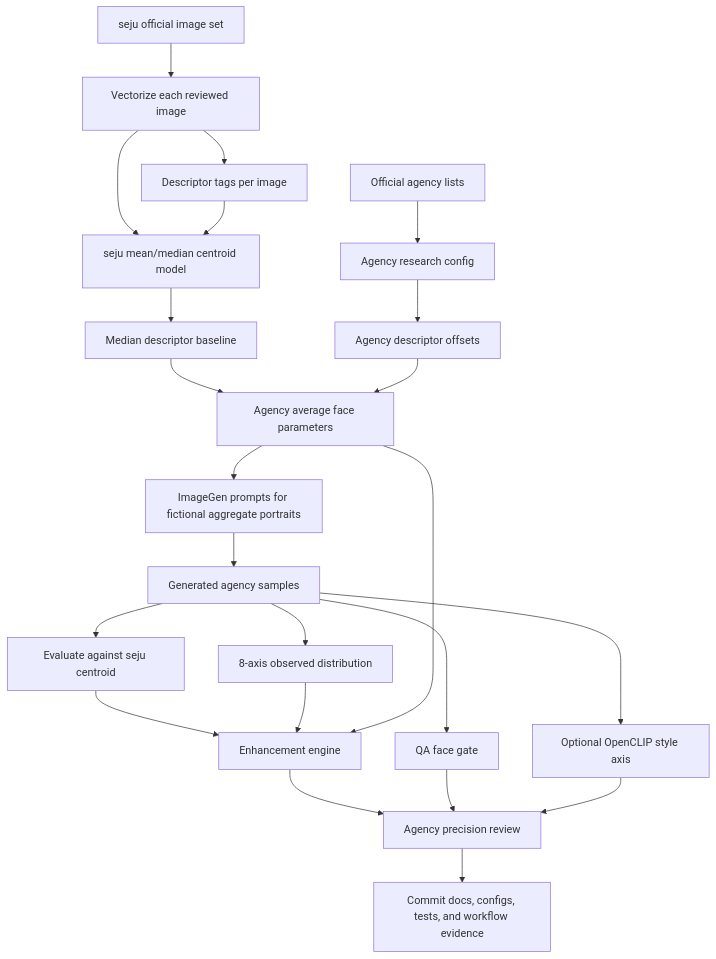
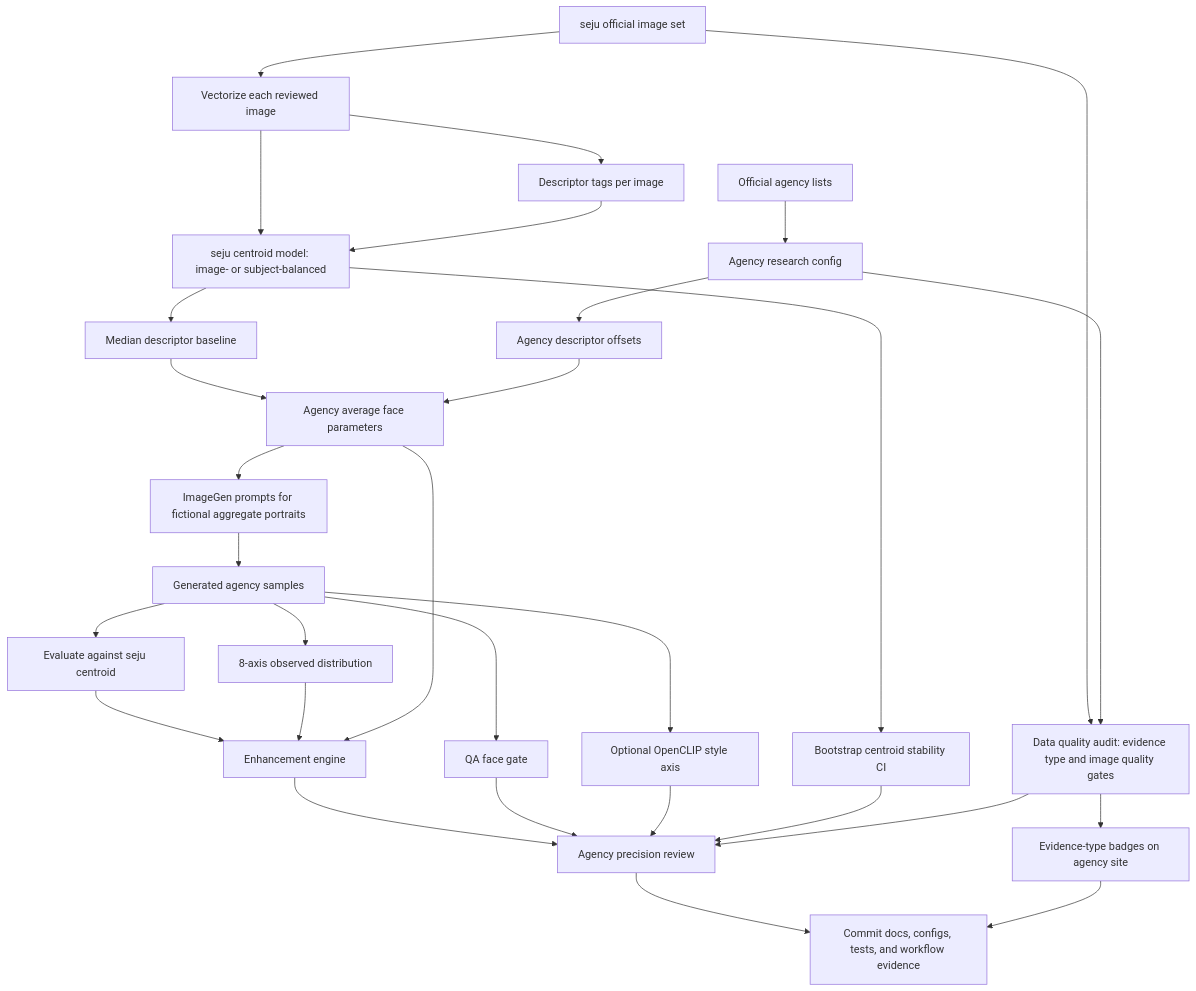
The first of 2 diagrams in docs/agency-research-flow.md (Nicolas0315/seju-face-lab), drawn with Mermaid before and after one commit. The commit also changed other lines of this file and 6 other files, not shown here.

First line of the commit message:
Add bootstrap centroid-stability metric and sync research flow

````diff
--- a/docs/agency-research-flow.md
+++ b/docs/agency-research-flow.md
@@ -23,25 +23,32 @@
 ```mermaid
 flowchart TD
     A[Official agency lists] --> B[Agency research config]
     S[seju official image set] --> V[Vectorize each reviewed image]
     V --> T[Descriptor tags per image]
-    V --> C[seju mean/median centroid model]
+    V --> C[seju centroid model: image- or subject-balanced]
     T --> C
+    C --> ST[Bootstrap centroid stability CI]
     C --> D[Median descriptor baseline]
     B --> E[Agency descriptor offsets]
     D --> F[Agency average face parameters]
     E --> F
     F --> G[ImageGen prompts for fictional aggregate portraits]
     G --> H[Generated agency samples]
     H --> I[Evaluate against seju centroid]
     H --> J[QA face gate]
     H --> K[Optional OpenCLIP style axis]
     I --> N[Enhancement engine]
     H --> O[8-axis observed distribution]
     O --> N
     F --> N
+    S --> Q[Data quality audit: evidence type and image quality gates]
+    B --> Q
+    Q --> R[Evidence-type badges on agency site]
     N --> L[Agency precision review]
     J --> L
     K --> L
+    ST --> L
+    Q --> L
     L --> M[Commit docs, configs, tests, and workflow evidence]
+    R --> M
 ```
````
